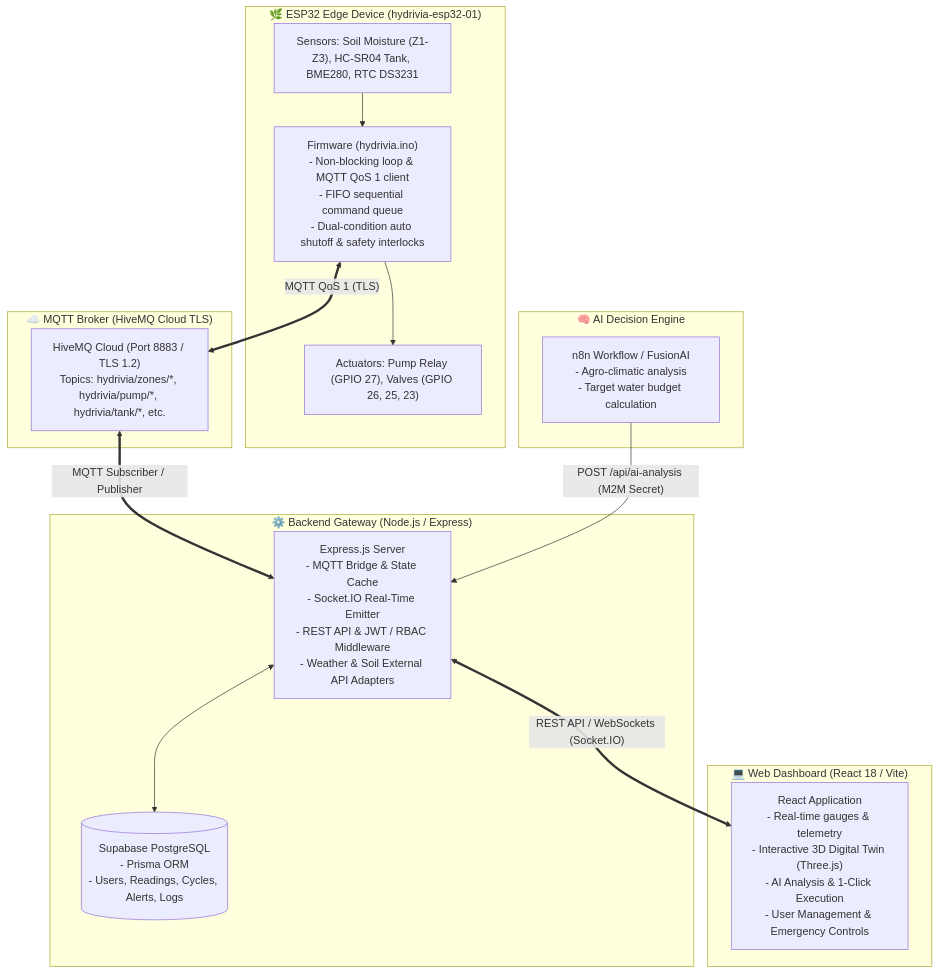
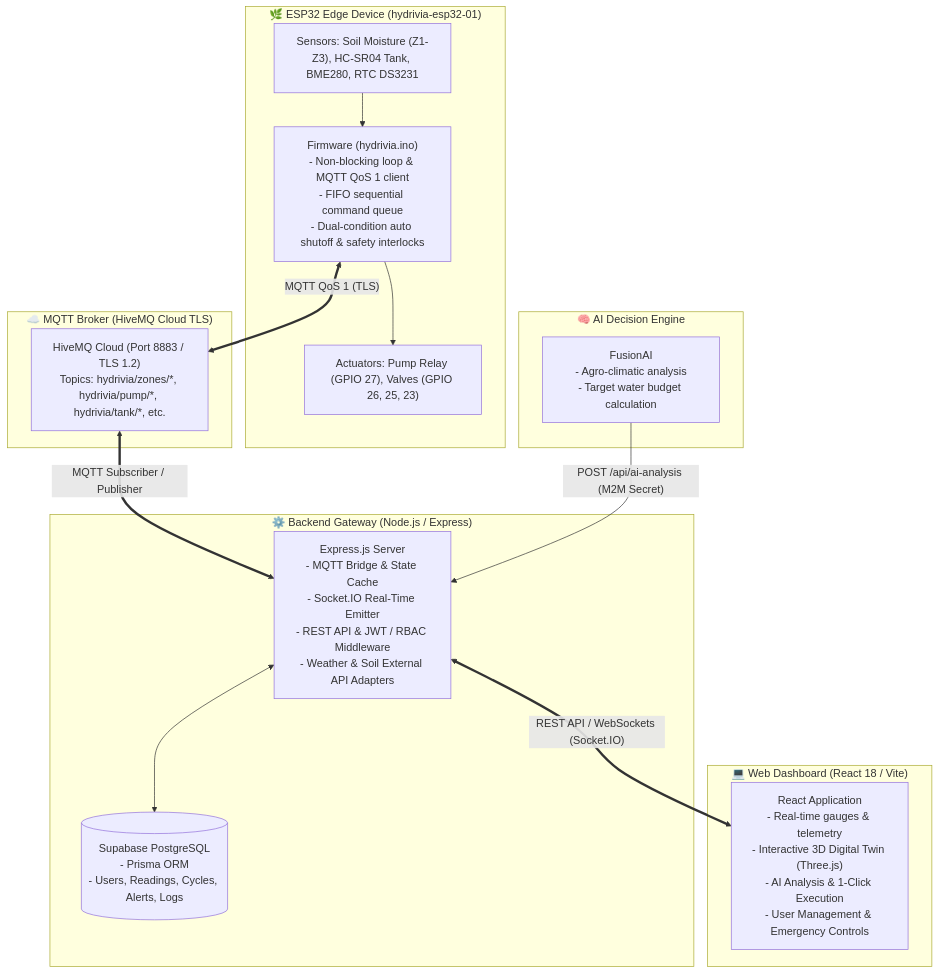
Before and after one commit to Musta2023/Hydrivia: the diagram in README.md, drawn with Mermaid. The commit also changed other lines of this file, not shown here.

Commit message:
README V4

````diff
--- a/README.md
+++ b/README.md
@@ -45,33 +45,33 @@
 ```mermaid
 flowchart TB
     subgraph Edge ["🌿 ESP32 Edge Device (hydrivia-esp32-01)"]
         Sensors["Sensors: Soil Moisture (Z1-Z3), HC-SR04 Tank, BME280, RTC DS3231"]
         Actuators["Actuators: Pump Relay (GPIO 27), Valves (GPIO 26, 25, 23)"]
         Firmware["Firmware (hydrivia.ino)<br/>- Non-blocking loop & MQTT QoS 1 client<br/>- FIFO sequential command queue<br/>- Dual-condition auto shutoff & safety interlocks"]
         Sensors --> Firmware
         Firmware --> Actuators
     end
 
     subgraph Broker ["☁️ MQTT Broker (HiveMQ Cloud TLS)"]
         MQTTBroker["HiveMQ Cloud (Port 8883 / TLS 1.2)<br/>Topics: hydrivia/zones/*, hydrivia/pump/*, hydrivia/tank/*, etc."]
     end
 
     subgraph AIWorkflow ["🧠 AI Decision Engine"]
-        N8N["n8n Workflow / FusionAI<br/>- Agro-climatic analysis<br/>- Target water budget calculation"]
+        FusionAI["FusionAI<br/>- Agro-climatic analysis<br/>- Target water budget calculation"]
     end
 
     subgraph Backend ["⚙️ Backend Gateway (Node.js / Express)"]
         ExpressApp["Express.js Server<br/>- MQTT Bridge & State Cache<br/>- Socket.IO Real-Time Emitter<br/>- REST API & JWT / RBAC Middleware<br/>- Weather & Soil External API Adapters"]
         Database[("Supabase PostgreSQL<br/>- Prisma ORM<br/>- Users, Readings, Cycles, Alerts, Logs")]
         ExpressApp <--> Database
     end
 
     subgraph Frontend ["💻 Web Dashboard (React 18 / Vite)"]
         ReactApp["React Application<br/>- Real-time gauges & telemetry<br/>- Interactive 3D Digital Twin (Three.js)<br/>- AI Analysis & 1-Click Execution<br/>- User Management & Emergency Controls"]
     end
 
     Firmware <==>|"MQTT QoS 1 (TLS)"| MQTTBroker
     MQTTBroker <==>|"MQTT Subscriber / Publisher"| ExpressApp
-    N8N -->|"POST /api/ai-analysis (M2M Secret)"| ExpressApp
+    FusionAI -->|"POST /api/ai-analysis (M2M Secret)"| ExpressApp
     ExpressApp <==>|"REST API / WebSockets (Socket.IO)"| ReactApp
 ```
````
